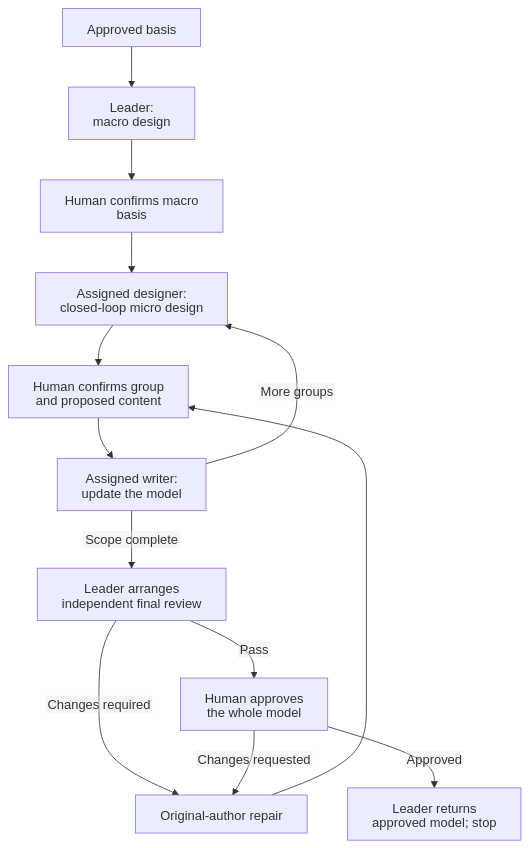
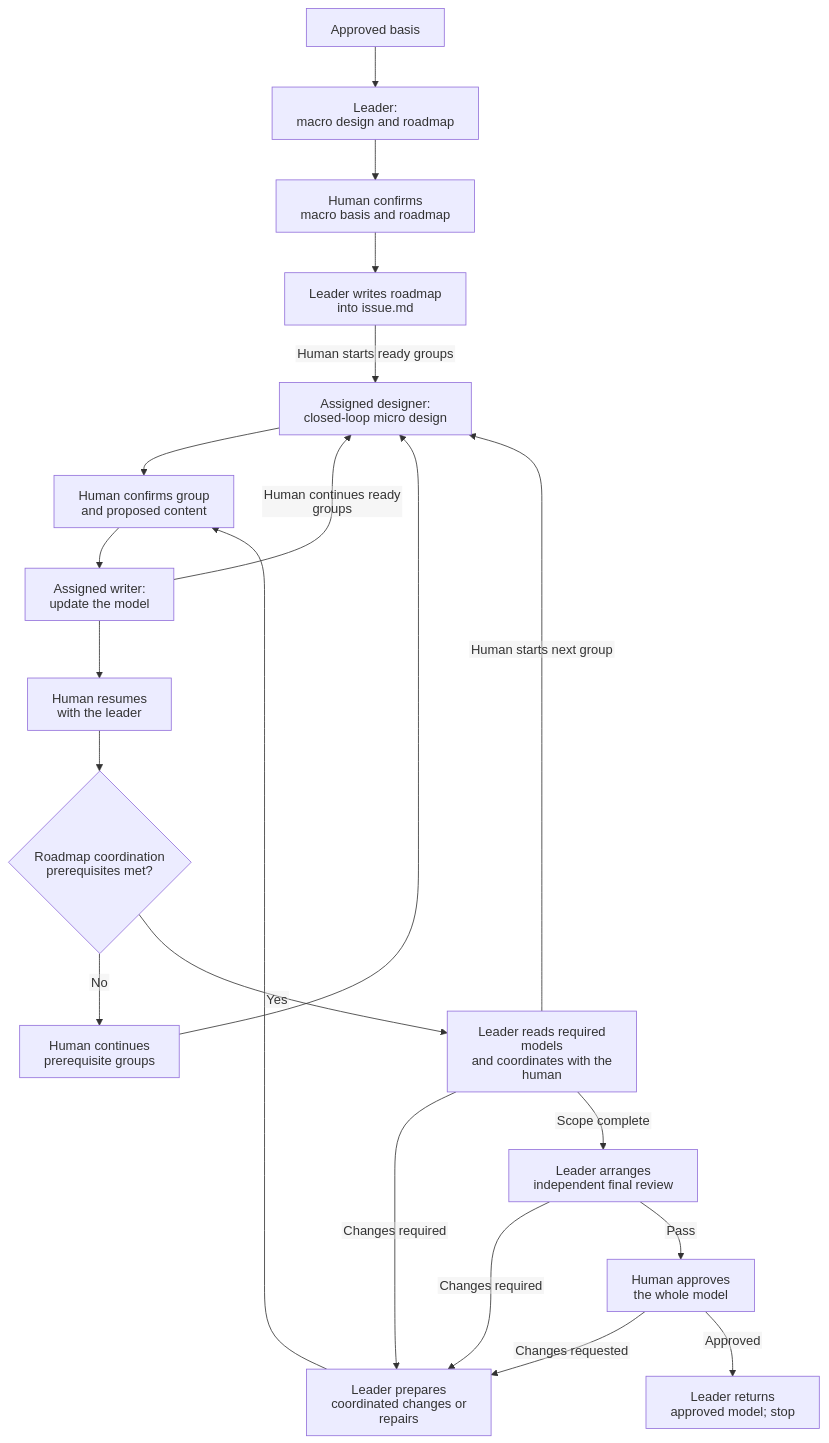
Before and after one commit to jidibinlin/clarity-skills: the diagram in clarify-technical-design/SKILL.md, drawn with Mermaid. The commit also changed other lines of this file and 6 other files, not shown here.

````diff
--- a/clarify-technical-design/SKILL.md
+++ b/clarify-technical-design/SKILL.md
@@ -125,16 +159,24 @@
 ```mermaid
 %%{init: {"htmlLabels": false}}%%
 flowchart TD
-    A["Approved basis"] --> B["Leader:<br/>macro design"]
-    B --> C["Human confirms macro basis"]
-    C --> D["Assigned designer:<br/>closed-loop micro design"]
+    A["Approved basis"] --> B["Leader:<br/>macro design and roadmap"]
+    B --> C["Human confirms<br/>macro basis and roadmap"]
+    C --> R["Leader writes roadmap<br/>into issue.md"]
+    R -->|Human starts ready groups| D["Assigned designer:<br/>closed-loop micro design"]
     D --> E["Human confirms group<br/>and proposed content"]
     E --> F["Assigned writer:<br/>update the model"]
-    F -->|More groups| D
-    F -->|Scope complete| G["Leader arranges<br/>independent final review"]
-    G -->|Changes required| H["Original-author repair"]
+    F -->|Human continues ready groups| D
+    F --> U["Human resumes<br/>with the leader"]
+    U --> Q{"Roadmap coordination<br/>prerequisites met?"}
+    Q -->|No| V["Human continues<br/>prerequisite groups"]
+    V --> D
+    Q -->|Yes| K["Leader reads required models<br/>and coordinates with the human"]
+    K -->|Changes required| H
+    K -->|Human starts next group| D
+    K -->|Scope complete| G["Leader arranges<br/>independent final review"]
+    G -->|Changes required| H["Leader prepares<br/>coordinated changes or repairs"]
     H --> E
     G -->|Pass| I["Human approves<br/>the whole model"]
     I -->|Changes requested| H
     I -->|Approved| J["Leader returns<br/>approved model; stop"]
 ```
````
